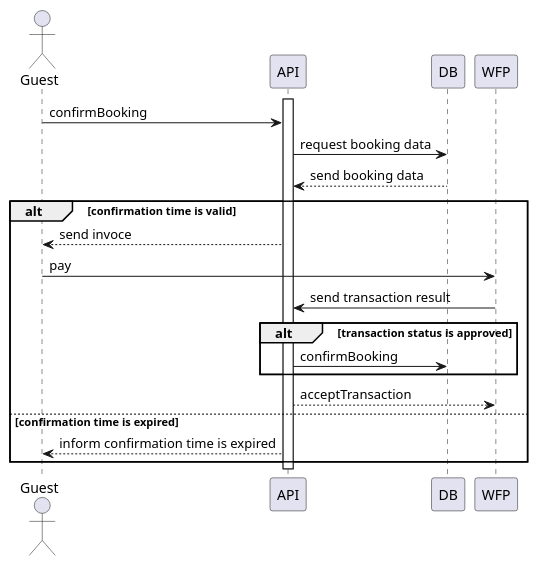
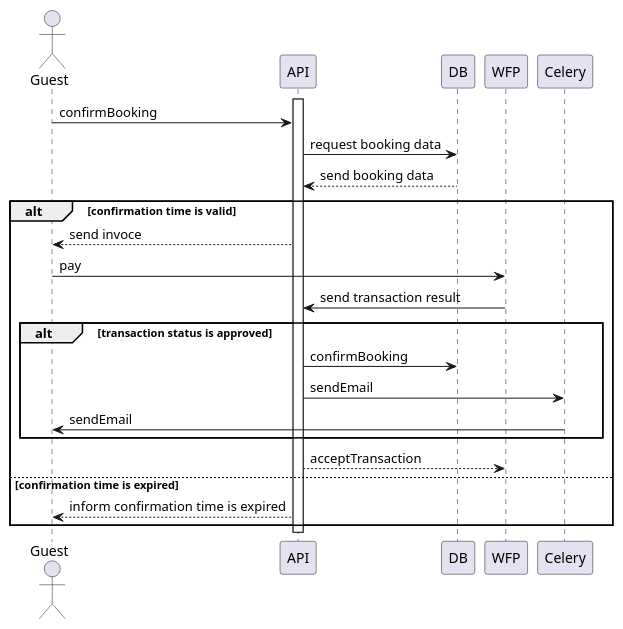
One commit to opvlad/kpi-mavpz changed the diagram in lab3/sequence-1.md. Above: the diagram before and after it, drawn with PlantUML.

Commit message:
fix: sequence-1 send email after confirmation

````diff
--- a/lab3/sequence-1.md
+++ b/lab3/sequence-1.md
@@ -2,26 +2,29 @@
 ```plantuml
 @startuml
 
 actor Guest as guest
 activate API
 
 guest -> API : confirmBooking
 API -> DB : request booking data
 DB --> API : send booking data
 
 alt confirmation time is valid
 API --> guest : send invoce
 guest -> WFP : pay
 WFP -> API : send transaction result
 alt transaction status is approved
 API -> DB : confirmBooking
+API -> Celery : sendEmail
+Celery -> guest : sendEmail
 end
 API --> WFP : acceptTransaction
 
 else confirmation time is expired
 API --> guest : inform confirmation time is expired
 
+
 end
 deactivate API
 @enduml
 ```
````
